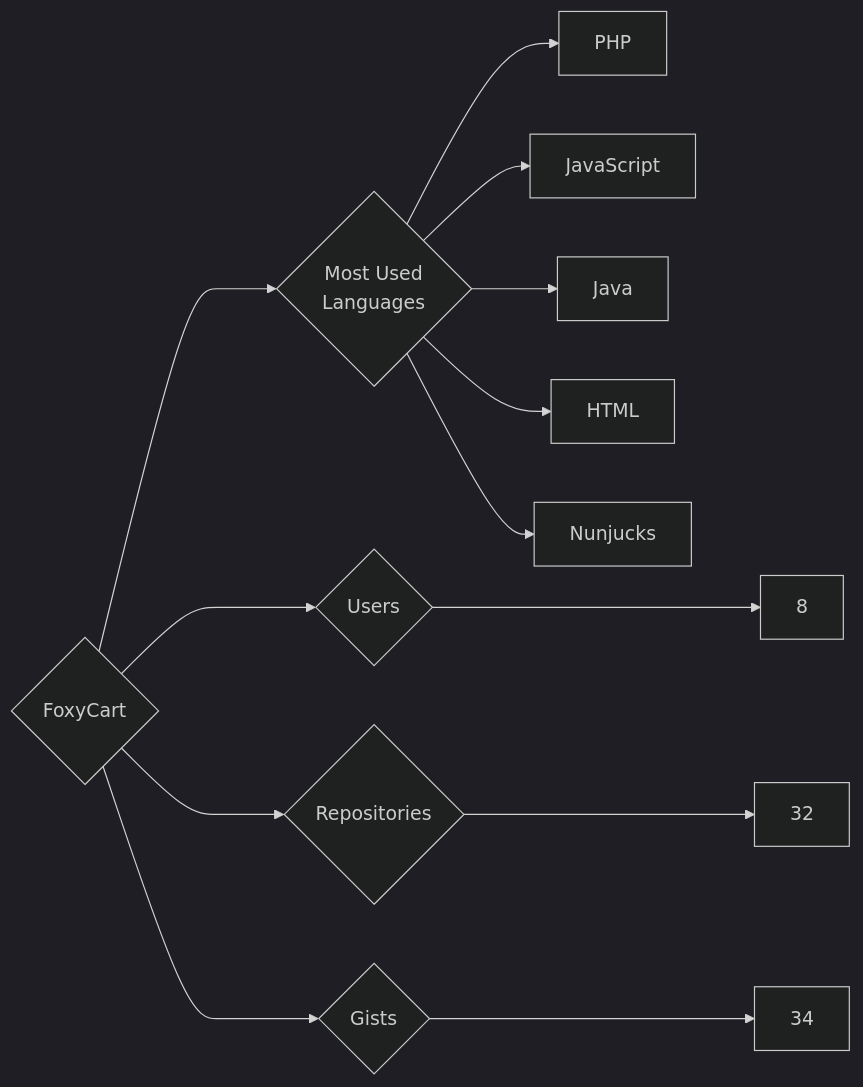
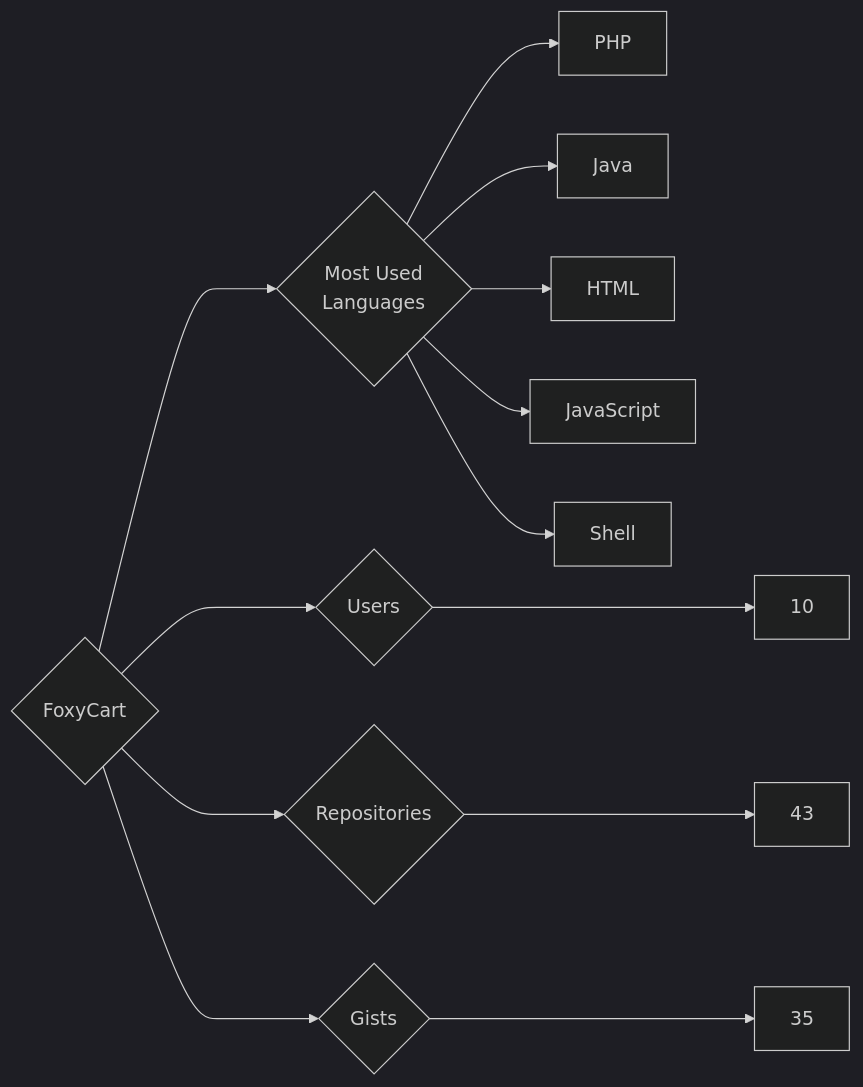
Before and after one commit to trickest/insiders: the diagram in targets/FoxyCart/README.md, drawn with Mermaid (dark theme). The commit also changed 611 other files, not shown here.

````diff
--- a/targets/FoxyCart/README.md
+++ b/targets/FoxyCart/README.md
@@ -3,13 +3,13 @@
 ```mermaid
 graph LR
 COMPANY_NAME{FoxyCart}
-COMPANY_NAME ---> U{Users} ---> UN[8]
-COMPANY_NAME ---> R{Repositories} ---> RN[32]
-COMPANY_NAME ---> G{Gists} ---> GN[34]
+COMPANY_NAME ---> U{Users} ---> UN[10]
+COMPANY_NAME ---> R{Repositories} ---> RN[43]
+COMPANY_NAME ---> G{Gists} ---> GN[35]
 COMPANY_NAME ---> ML{Most Used<br>Languages}
 ML --> PHP[PHP]
-ML --> JavaScript[JavaScript]
 ML --> Java[Java]
 ML --> HTML[HTML]
-ML --> Nunjucks[Nunjucks]
+ML --> JavaScript[JavaScript]
+ML --> Shell[Shell]
 ```
````
